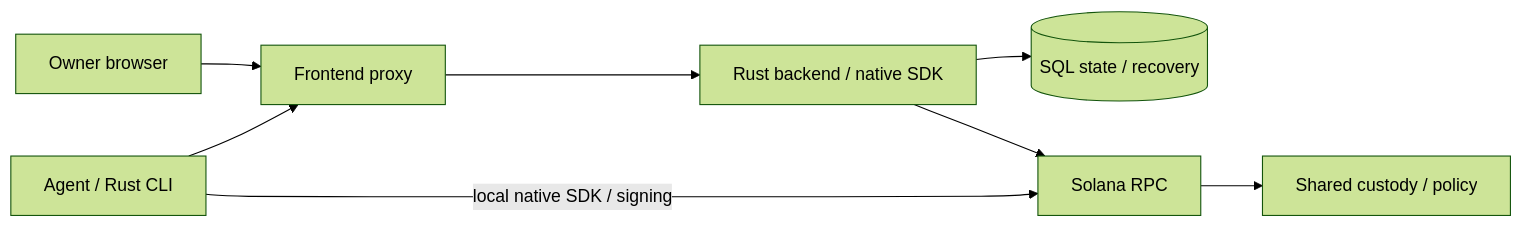
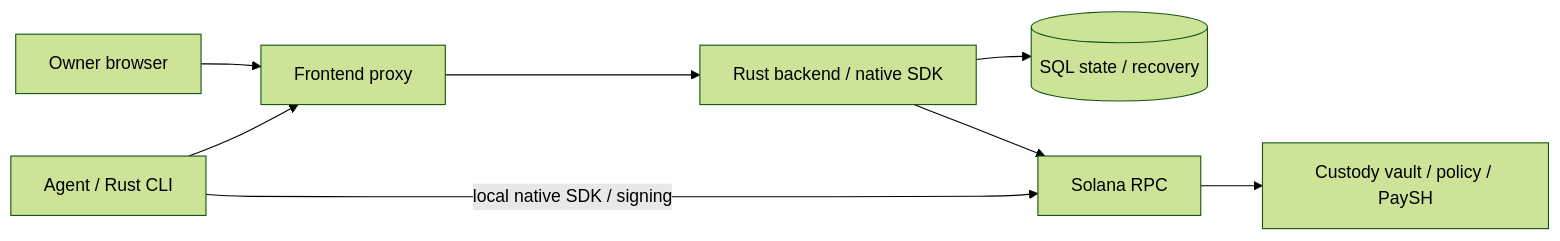
The diagram in README.md (AllowIt-hq/Colosseum), drawn with Mermaid (forest theme) before and after one commit. The commit also changed other lines of this file and 2 other files, not shown here.

First line of the commit message:
Align architecture docs with portable policy design

````diff
--- a/README.md
+++ b/README.md
@@ -82,10 +82,10 @@
 ```mermaid
 flowchart LR
     Browser[Owner browser] --> Proxy[Frontend proxy]
     Agent[Agent / Rust CLI] --> Proxy
     Proxy --> Backend[Rust backend / native SDK]
     Backend --> SQL[(SQL state / recovery)]
     Backend --> RPC[Solana RPC]
     Agent -->|local native SDK / signing| RPC
-    RPC --> Programs[Shared custody / policy]
+    RPC --> Programs[Custody vault / policy / PaySH]
 ```
````
